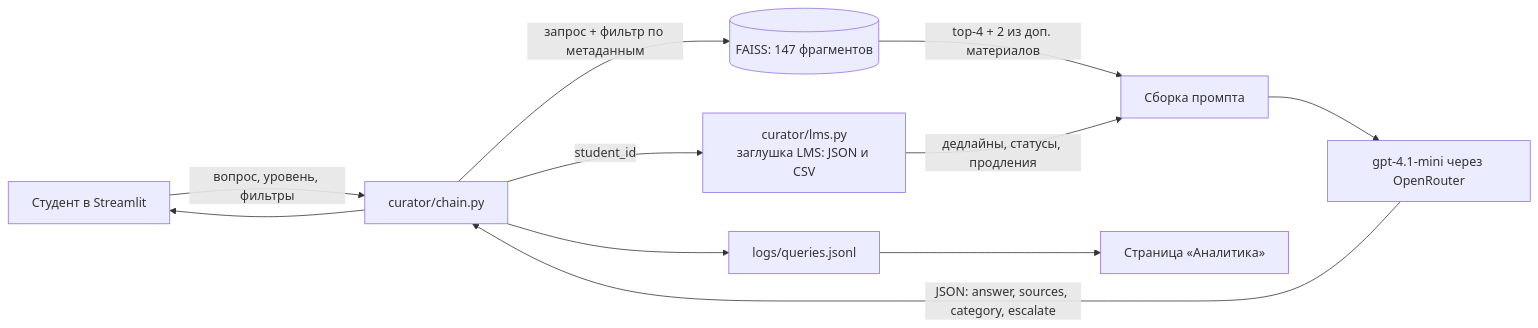
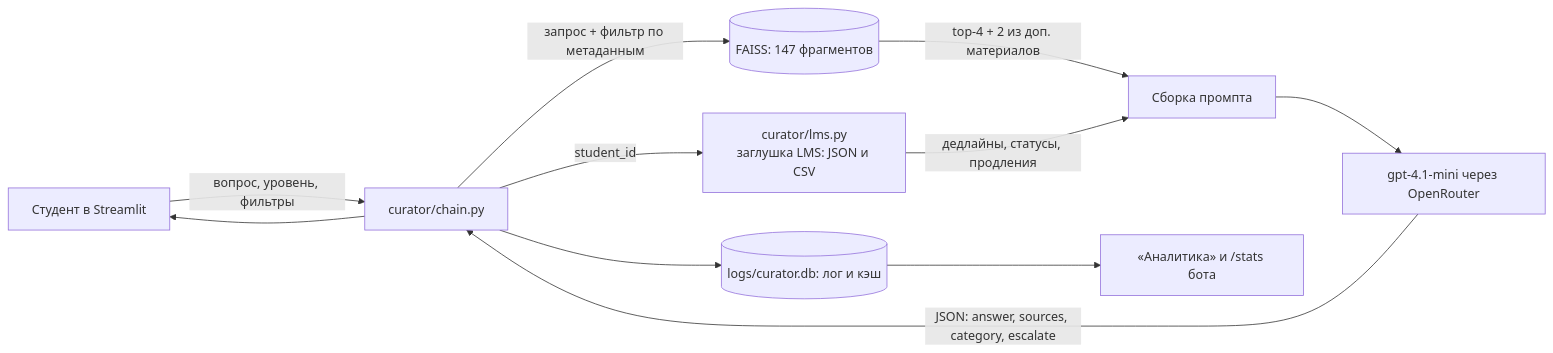
The diagram in docs/ARCHITECTURE.md (dgmagic82/ai-curator), drawn with Mermaid before and after one commit. The commit also changed other lines of this file and 8 other files, not shown here.

````diff
--- a/docs/ARCHITECTURE.md
+++ b/docs/ARCHITECTURE.md
@@ -5,12 +5,12 @@
 ```mermaid
 flowchart LR
     S[Студент в Streamlit] -->|вопрос, уровень, фильтры| A[curator/chain.py]
     A -->|запрос + фильтр по метаданным| R[(FAISS: 147 фрагментов)]
     A -->|student_id| L[curator/lms.py<br/>заглушка LMS: JSON и CSV]
     R -->|top-4 + 2 из доп. материалов| P[Сборка промпта]
     L -->|дедлайны, статусы, продления| P
     P --> M[gpt-4.1-mini через OpenRouter]
     M -->|JSON: answer, sources, category, escalate| A
     A --> S
-    A --> G[logs/queries.jsonl] --> D[Страница «Аналитика»]
+    A --> G[(logs/curator.db: лог и кэш)] --> D[«Аналитика» и /stats бота]
 ```
````
